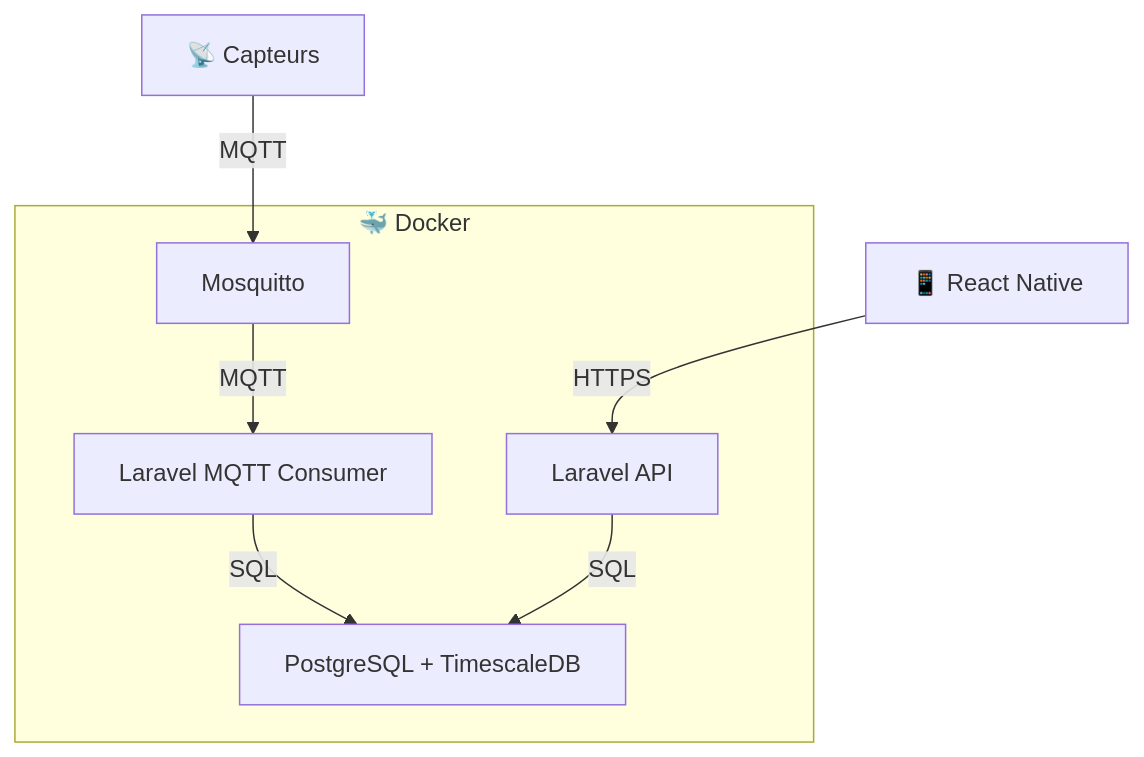
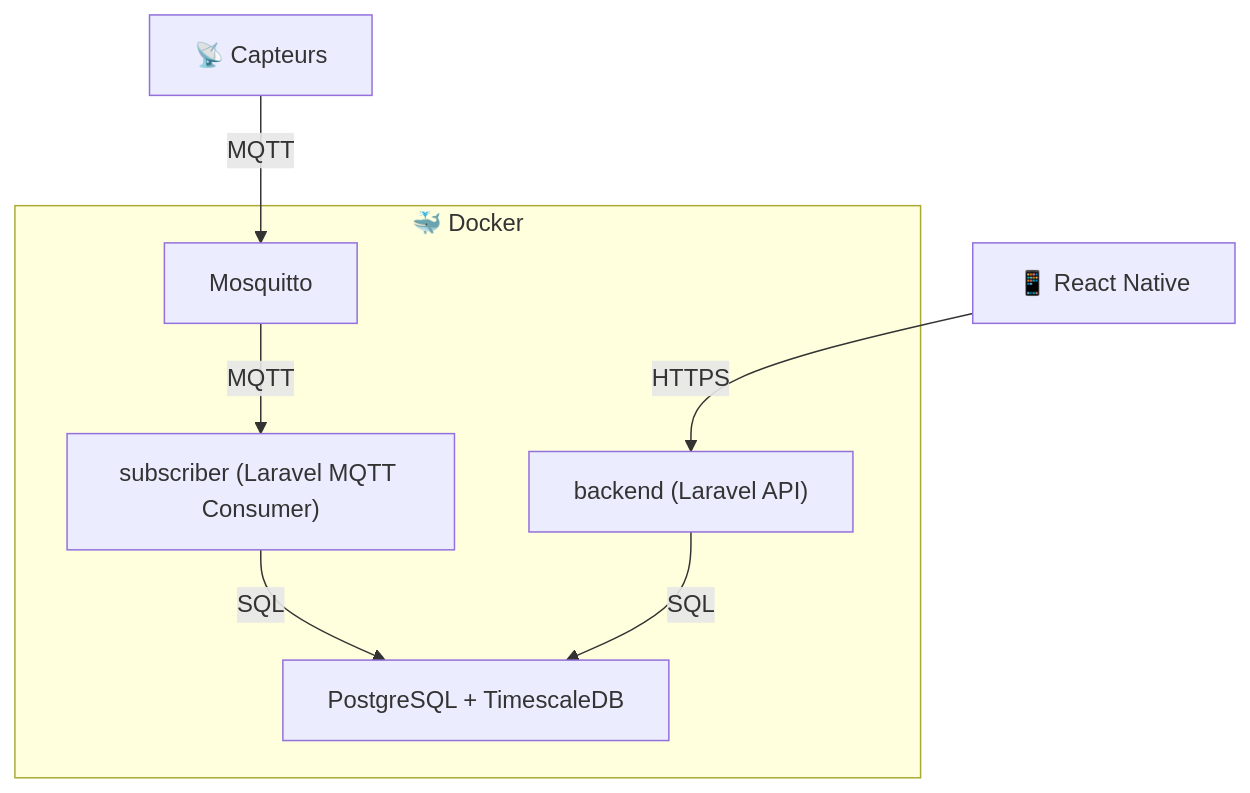
One commit to EliXorZz/MdsIoTMobile changed the fifth of 6 diagrams in docs/architecture.md. Above: the diagram before and after it, drawn with Mermaid. The commit also changed other lines of this file, not shown here.

````diff
--- a/docs/architecture.md
+++ b/docs/architecture.md
@@ -398,25 +400,25 @@
 ```mermaid
 flowchart TB
 
     subgraph Docker["🐳 Docker"]
 
-        API["Laravel API"]
+        API["backend (Laravel API)"]
 
-        WORKER["Laravel MQTT Consumer"]
+        WORKER["subscriber (Laravel MQTT Consumer)"]
 
         MQTT["Mosquitto"]
 
         DB["PostgreSQL + TimescaleDB"]
 
     end
 
     MOBILE["📱 React Native"]
     SENSOR["📡 Capteurs"]
 
     SENSOR -->|MQTT| MQTT
     MQTT -->|MQTT| WORKER
     WORKER -->|SQL| DB
 
     MOBILE -->|HTTPS| API
     API -->|SQL| DB
 ```
````
